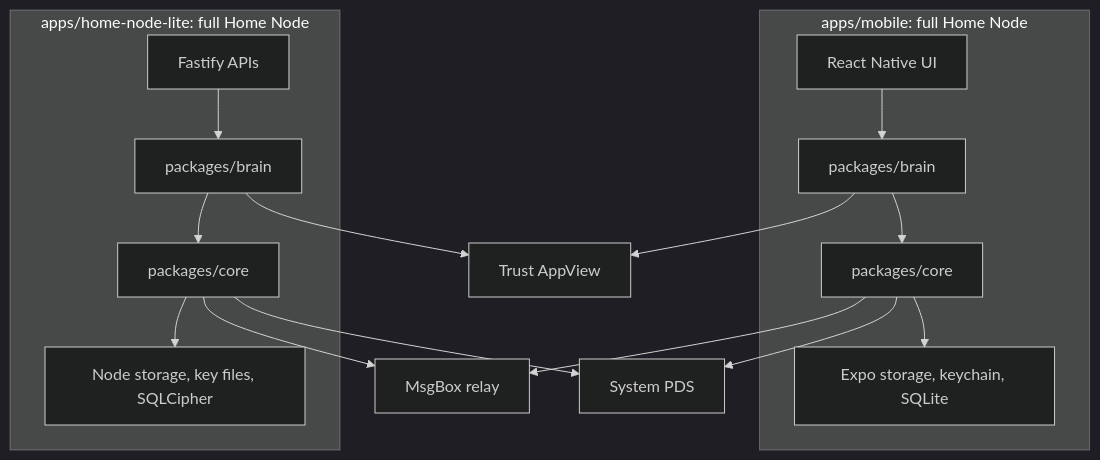
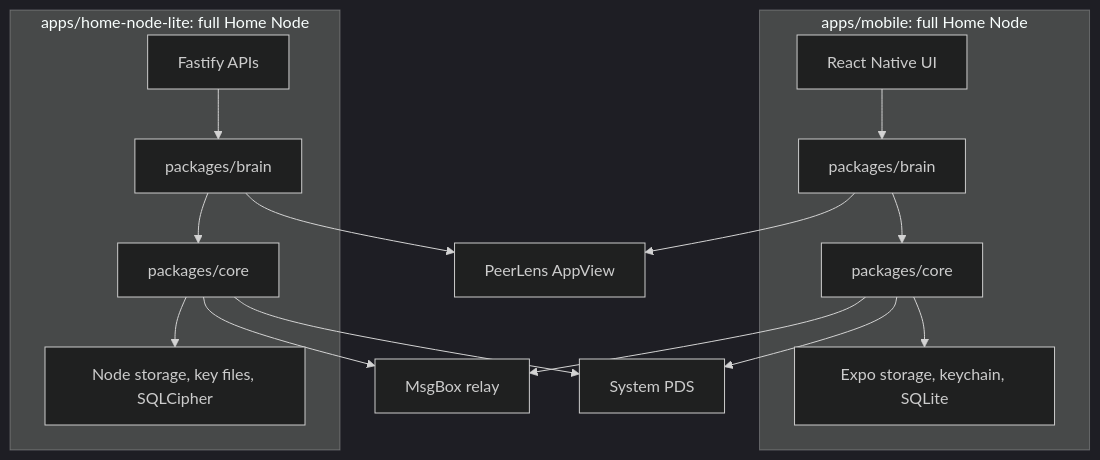
Before and after one commit to rajmohanutopai/dina: the first of 13 diagrams in docs/SIMPLIFIED_ARCHITECTURE.md, drawn with Mermaid (dark theme). The commit also changed other lines of this file and 218 other files, not shown here.

Commit message:
Use PeerLens rating terminology

````diff
--- a/docs/SIMPLIFIED_ARCHITECTURE.md
+++ b/docs/SIMPLIFIED_ARCHITECTURE.md
@@ -116,29 +116,29 @@
 ```mermaid
 flowchart TB
     subgraph Mobile["apps/mobile: full Home Node"]
         MUI["React Native UI"]
         MCore["packages/core"]
         MBrain["packages/brain"]
         MStore["Expo storage, keychain, SQLite"]
         MUI --> MBrain
         MBrain --> MCore
         MCore --> MStore
     end
 
     subgraph Server["apps/home-node-lite: full Home Node"]
         API["Fastify APIs"]
         SCore["packages/core"]
         SBrain["packages/brain"]
         SStore["Node storage, key files, SQLCipher"]
         API --> SBrain
         SBrain --> SCore
         SCore --> SStore
     end
 
     MCore --> MsgBox["MsgBox relay"]
     SCore --> MsgBox
     MCore --> PDS["System PDS"]
     SCore --> PDS
-    MBrain --> AppView["Trust AppView"]
+    MBrain --> AppView["PeerLens AppView"]
     SBrain --> AppView
 ```
````
